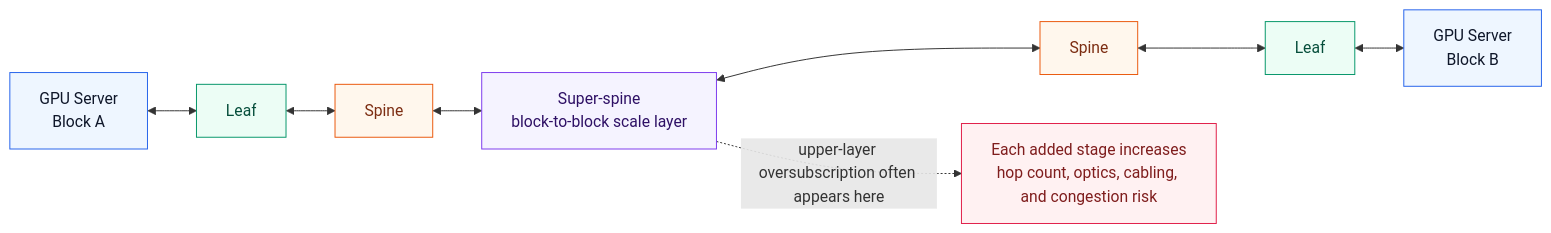
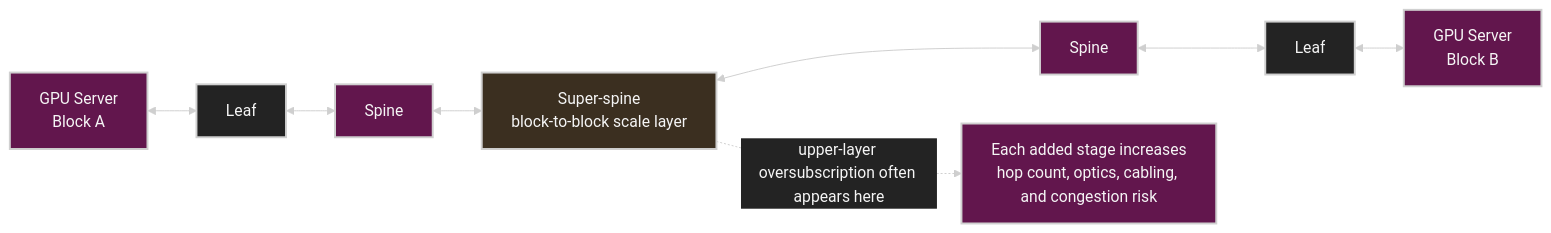
Before and after one commit to ziwon/ai-data-center-network: the sixth of 17 diagrams in ai-data-center-network/chap03/README.md, drawn with Mermaid. The commit also changed other lines of this file and 35 other files, not shown here.

Commit message:
docs(mermaid): apply dark diagram style

````diff
--- a/ai-data-center-network/chap03/README.md
+++ b/ai-data-center-network/chap03/README.md
@@ -401,26 +406,27 @@
 ```mermaid
+%%{init: {"theme": "base", "themeVariables": {"background": "#171717", "primaryColor": "#232323", "primaryTextColor": "#f5f5f5", "primaryBorderColor": "#d0d0d0", "lineColor": "#cfcfcf", "fontFamily": "Inter, Arial, sans-serif"}}}%%
 flowchart LR
-    classDef endpoint fill:#eef6ff,stroke:#2563eb,color:#0f172a
-    classDef leaf fill:#ecfdf5,stroke:#059669,color:#064e3b
-    classDef spine fill:#fff7ed,stroke:#ea580c,color:#7c2d12
-    classDef super fill:#f5f3ff,stroke:#7c3aed,color:#2e1065
-    classDef risk fill:#fff1f2,stroke:#e11d48,color:#7f1d1d
+    classDef endpoint fill:#62164d,stroke:#d0d0d0,color:#f5f5f5,stroke-width:2px;
+    classDef leaf fill:#232323,stroke:#d0d0d0,color:#f5f5f5,stroke-width:2px;
+    classDef spine fill:#62164d,stroke:#d0d0d0,color:#f5f5f5,stroke-width:2px;
+    classDef super fill:#3b2f20,stroke:#d0d0d0,color:#f5f5f5,stroke-width:2px;
+    classDef risk fill:#62164d,stroke:#d0d0d0,color:#f5f5f5,stroke-width:2px;
 
     A[GPU Server<br/>Block A]:::endpoint
     L1[Leaf]:::leaf
     S1[Spine]:::spine
     SS[Super-spine<br/>block-to-block scale layer]:::super
     S2[Spine]:::spine
     L2[Leaf]:::leaf
     B[GPU Server<br/>Block B]:::endpoint
 
     A <--> L1
     L1 <--> S1
     S1 <--> SS
     SS <--> S2
     S2 <--> L2
     L2 <--> B
 
     H[Each added stage increases<br/>hop count, optics, cabling, and congestion risk]:::risk
     SS -.->|upper-layer oversubscription often appears here| H
 ```
````
